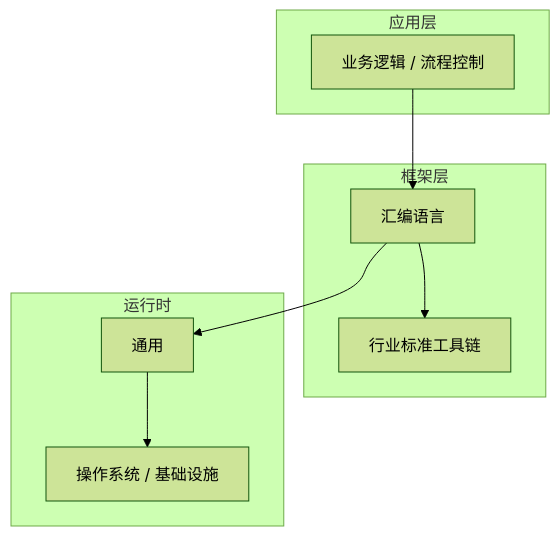
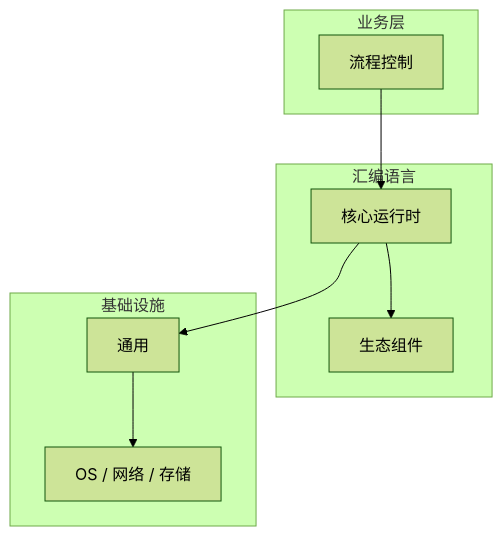
One commit to yanggan2015/knowledge-json-v2 changed the diagram in articles/汇编语言/chapters/017-流程控制核心概念与原理.md. Above: the diagram before and after it, drawn with Mermaid (forest theme). The commit also changed other lines of this file and 10127 other files, not shown here.

````diff
--- a/articles/汇编语言/chapters/017-流程控制核心概念与原理.md
+++ b/articles/汇编语言/chapters/017-流程控制核心概念与原理.md
@@ -45,18 +34,18 @@
 ```mermaid
 graph TB
-    subgraph 应用层
-        A[业务逻辑 / 流程控制]
+    subgraph 业务层
+        A[流程控制]
     end
-    subgraph 框架层
-        B[汇编语言]
-        C[行业标准工具链]
+    subgraph 汇编语言
+        B[核心运行时]
+        C[生态组件]
     end
-    subgraph 运行时
+    subgraph 基础设施
         D[通用]
-        E[操作系统 / 基础设施]
+        E[OS / 网络 / 存储]
     end
     A --> B
     B --> C
     B --> D
     D --> E
 ```
````
